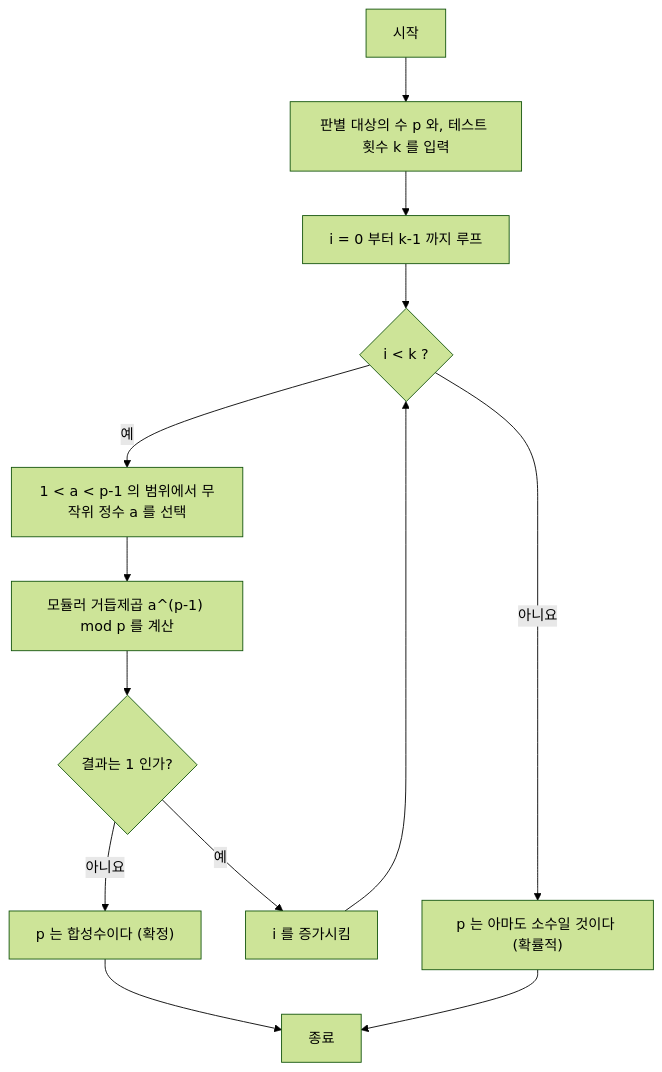
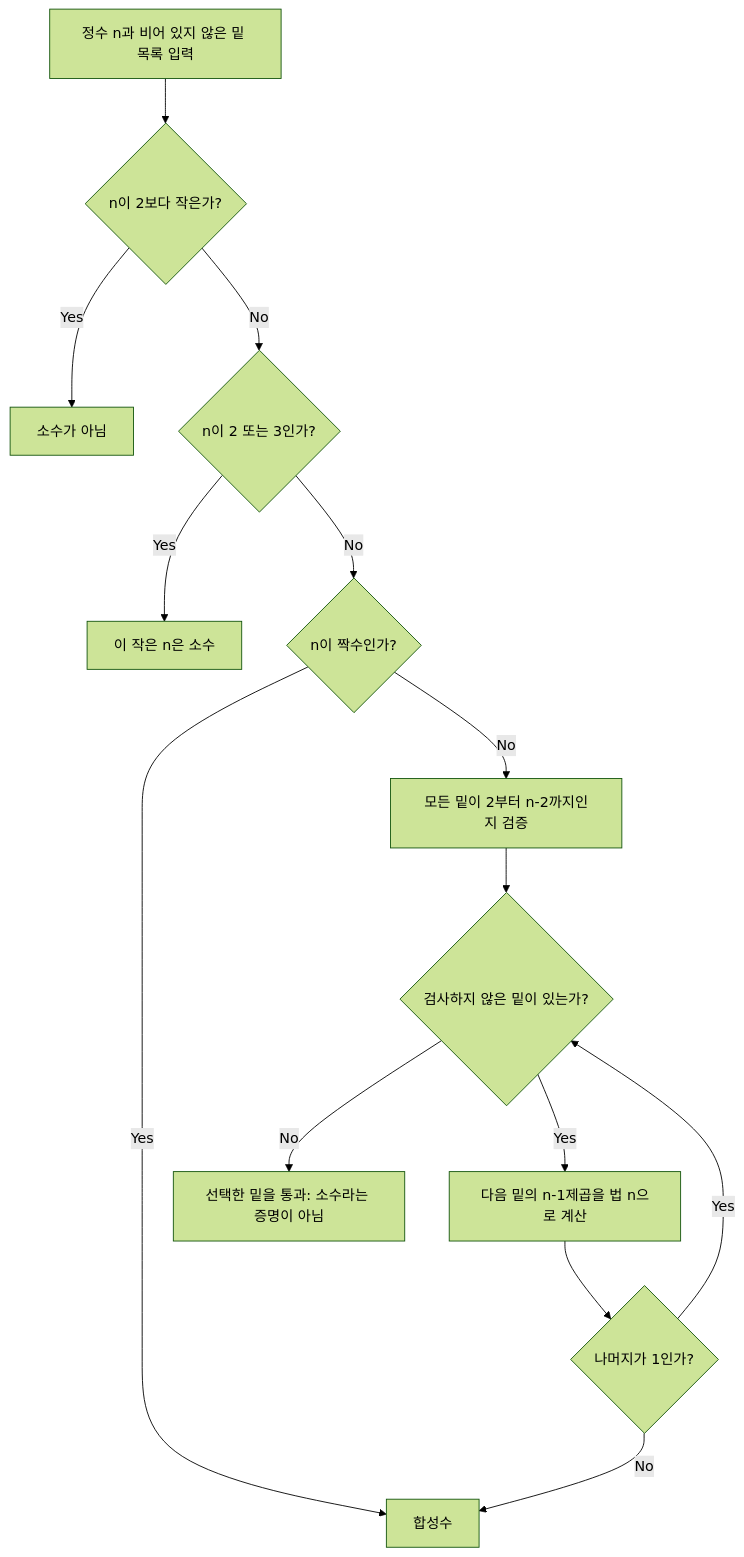
The first of 2 diagrams in content/post/フェルマーの小定理と暗号化/index.ko.md (kenjinote/blog), drawn with Mermaid (forest theme) before and after one commit. The commit also changed other lines of this file and 5 other files, not shown here.

````diff
--- a/content/post/フェルマーの小定理と暗号化/index.ko.md
+++ b/content/post/フェルマーの小定理と暗号化/index.ko.md
@@ -156,15 +70,16 @@
 ```mermaid
 flowchart TD
-    Start["시작"] --> Input["판별 대상의 수 p 와, 테스트 횟수 k 를 입력"]
-    Input --> LoopStart["i = 0 부터 k-1 까지 루프"]
-    LoopStart --> Condition{"i < k ?"}
-    Condition -- 예 --> RandomA["1 < a < p-1 의 범위에서 무작위 정수 a 를 선택"]
-    RandomA --> Calc["모듈러 거듭제곱 a^(p-1) mod p 를 계산"]
-    Calc --> CheckPrime{"결과는 1 인가?"}
-    CheckPrime -- 아니요 --> ReturnComposite["p 는 합성수이다 (확정)"]
-    CheckPrime -- 예 --> Increment["i 를 증가시킴"]
-    Increment --> Condition
-    Condition -- 아니요 --> ReturnPrime["p 는 아마도 소수일 것이다 (확률적)"]
-    ReturnComposite --> End["종료"]
-    ReturnPrime --> End
+    Input["정수 n과 비어 있지 않은 밑 목록 입력"] --> Small{"n이 2보다 작은가?"}
+    Small -- Yes --> NotPrime["소수가 아님"]
+    Small -- No --> Tiny{"n이 2 또는 3인가?"}
+    Tiny -- Yes --> Known["이 작은 n은 소수"]
+    Tiny -- No --> Even{"n이 짝수인가?"}
+    Even -- Yes --> Composite["합성수"]
+    Even -- No --> Validate["모든 밑이 2부터 n-2까지인지 검증"]
+    Validate --> Next{"검사하지 않은 밑이 있는가?"}
+    Next -- Yes --> Power["다음 밑의 n-1제곱을 법 n으로 계산"]
+    Power --> Check{"나머지가 1인가?"}
+    Check -- No --> Composite
+    Check -- Yes --> Next
+    Next -- No --> Pass["선택한 밑을 통과: 소수라는 증명이 아님"]
 ```
````
